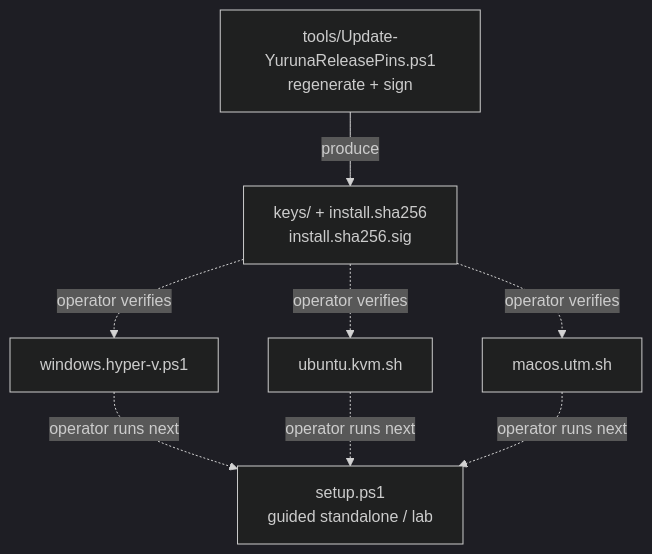
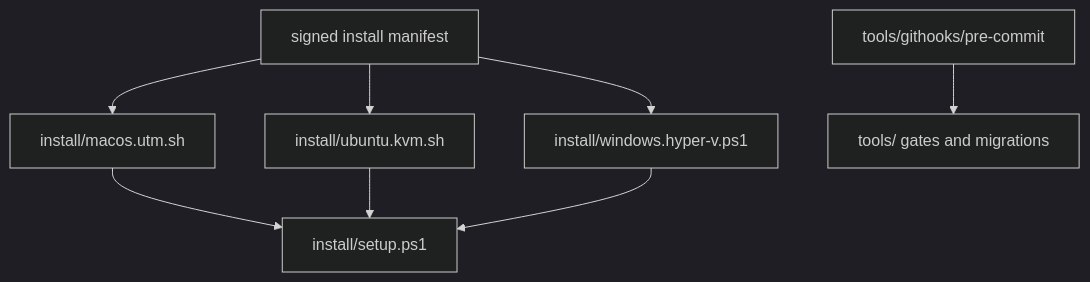
One commit to alissonsol/yuruna changed the fifth of 7 diagrams in docs/design/02-component-breakdown.md. Above: the diagram before and after it, drawn with Mermaid (dark theme). The commit also changed other lines of this file and 635 other files, not shown here.

````diff
--- a/docs/design/02-component-breakdown.md
+++ b/docs/design/02-component-breakdown.md
@@ -376,17 +329,18 @@
 ```mermaid
 flowchart TD
-    win-install[windows.hyper-v.ps1]
-    kvm-install[ubuntu.kvm.sh]
-    utm-install[macos.utm.sh]
-    setup[setup.ps1<br/>guided standalone / lab]
-    integrity[keys/ + install.sha256<br/>install.sha256.sig]
-    release-pins[tools/Update-YurunaReleasePins.ps1<br/>regenerate + sign]
+    macos-utm-sh["install/macos.utm.sh"]
+    ubuntu-kvm-sh["install/ubuntu.kvm.sh"]
+    windows-hyper-v-ps1["install/windows.hyper-v.ps1"]
+    signed-manifest["signed install manifest"]
+    setup-ps1["install/setup.ps1"]
+    repo-gates["tools/ gates and migrations"]
+    pre-commit["tools/githooks/pre-commit"]
 
-    release-pins -->|produce| integrity
-    integrity -.->|operator verifies| win-install
-    integrity -.->|operator verifies| kvm-install
-    integrity -.->|operator verifies| utm-install
-    win-install -.->|operator runs next| setup
-    kvm-install -.->|operator runs next| setup
-    utm-install -.->|operator runs next| setup
+    signed-manifest --> macos-utm-sh
+    signed-manifest --> ubuntu-kvm-sh
+    signed-manifest --> windows-hyper-v-ps1
+    macos-utm-sh --> setup-ps1
+    ubuntu-kvm-sh --> setup-ps1
+    windows-hyper-v-ps1 --> setup-ps1
+    pre-commit --> repo-gates
 ```
````
